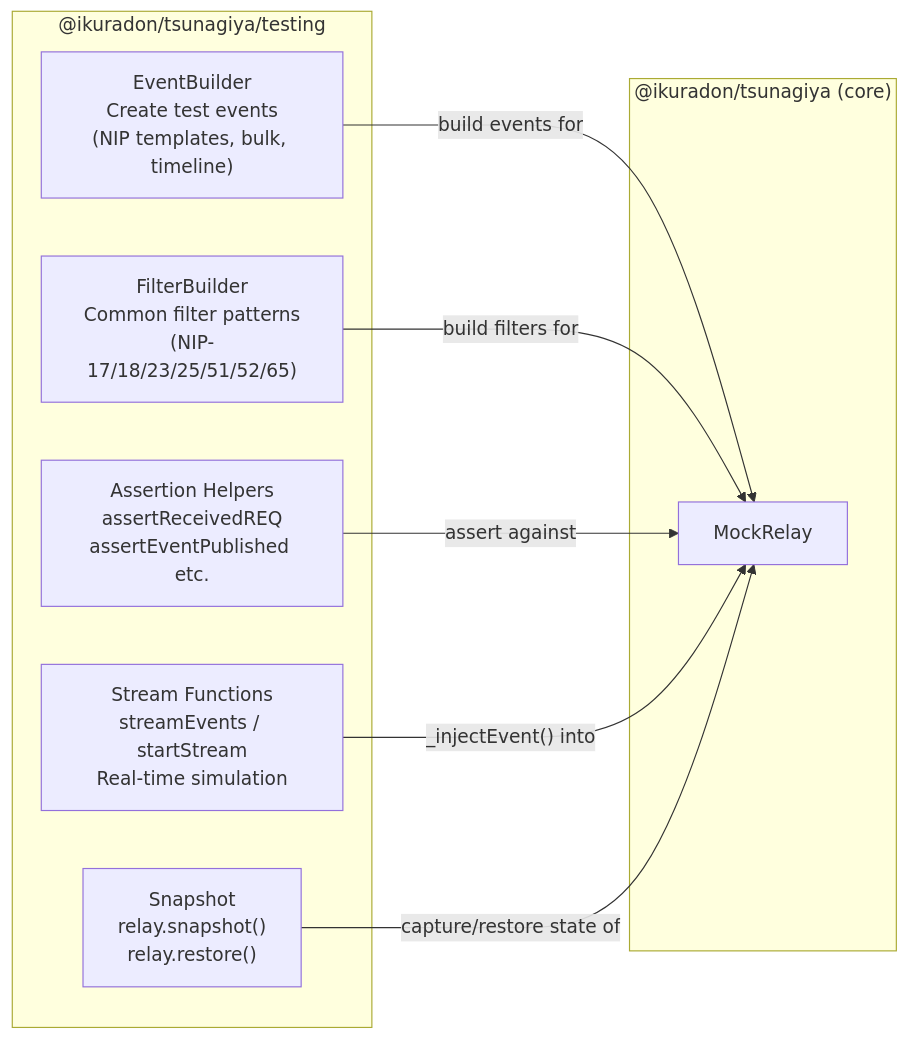
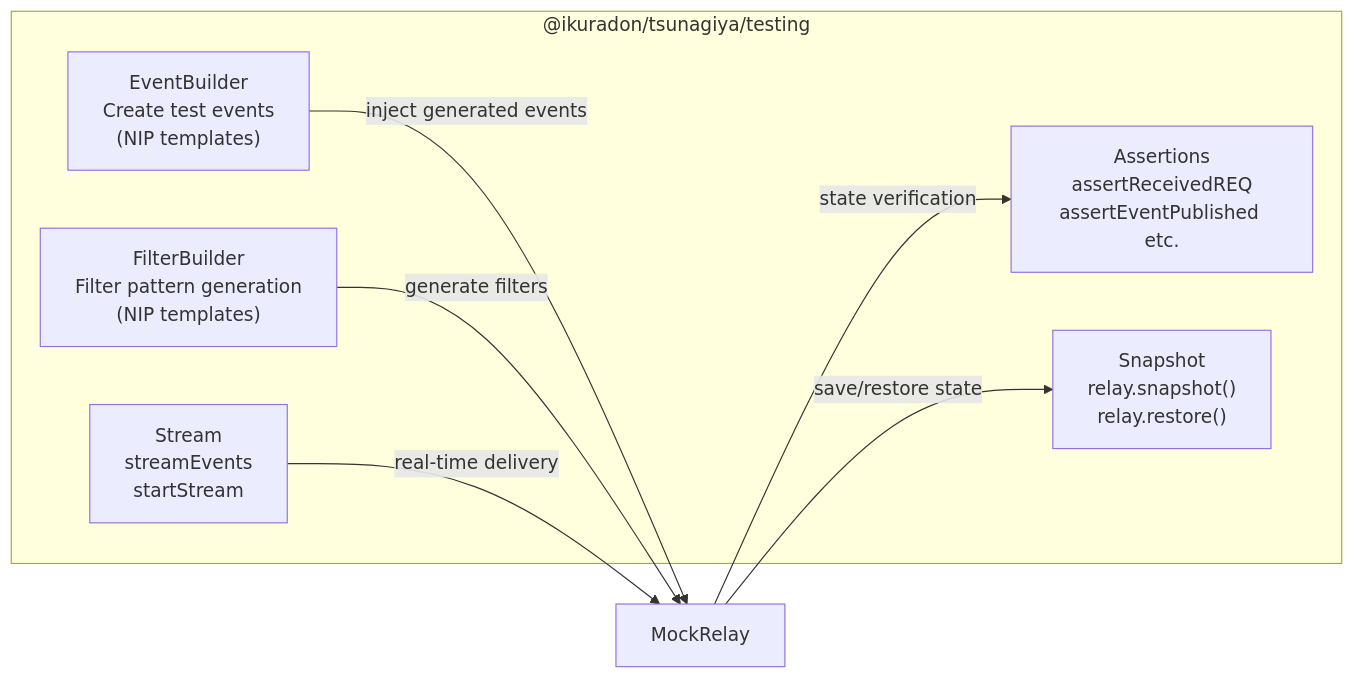
Before and after one commit to ikuradon/tsunagiya: diagram 15 of 15 in docs/en/reference/architecture.md, drawn with Mermaid. The commit also changed other lines of this file and 12 other files, not shown here.

First line of the commit message:
fix: architecture.md の日英齟齬を解消し未使用ファイルを削除

````diff
--- a/docs/en/reference/architecture.md
+++ b/docs/en/reference/architecture.md
@@ -481,20 +453,16 @@
 ```mermaid
 flowchart LR
-    subgraph TESTING ["@ikuradon/tsunagiya/testing"]
-        EB["EventBuilder\nCreate test events\n(NIP templates, bulk, timeline)"]
-        FB["FilterBuilder\nCommon filter patterns\n(NIP-17/18/23/25/51/52/65)"]
-        AS["Assertion Helpers\nassertReceivedREQ\nassertEventPublished etc."]
-        ST["Stream Functions\nstreamEvents / startStream\nReal-time simulation"]
-        SN["Snapshot\nrelay.snapshot()\nrelay.restore()"]
+    subgraph testing ["@ikuradon/tsunagiya/testing"]
+        EB["EventBuilder\nCreate test events\n(NIP templates)"]
+        FB["FilterBuilder\nFilter pattern generation\n(NIP templates)"]
+        Assert["Assertions\nassertReceivedREQ\nassertEventPublished etc."]
+        Stream["Stream\nstreamEvents\nstartStream"]
+        Snap["Snapshot\nrelay.snapshot()\nrelay.restore()"]
     end
 
-    subgraph CORE ["@ikuradon/tsunagiya (core)"]
-        MR["MockRelay"]
-    end
-
-    EB -->|"build events for"| MR
-    FB -->|"build filters for"| MR
-    AS -->|"assert against"| MR
-    ST -->|"_injectEvent() into"| MR
-    SN -->|"capture/restore state of"| MR
+    EB -->|"inject generated events"| MR["MockRelay"]
+    FB -->|"generate filters"| MR
+    MR -->|"state verification"| Assert
+    Stream -->|"real-time delivery"| MR
+    MR -->|"save/restore state"| Snap
 ```
````
